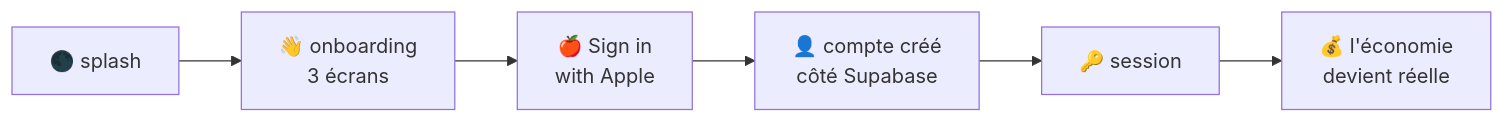
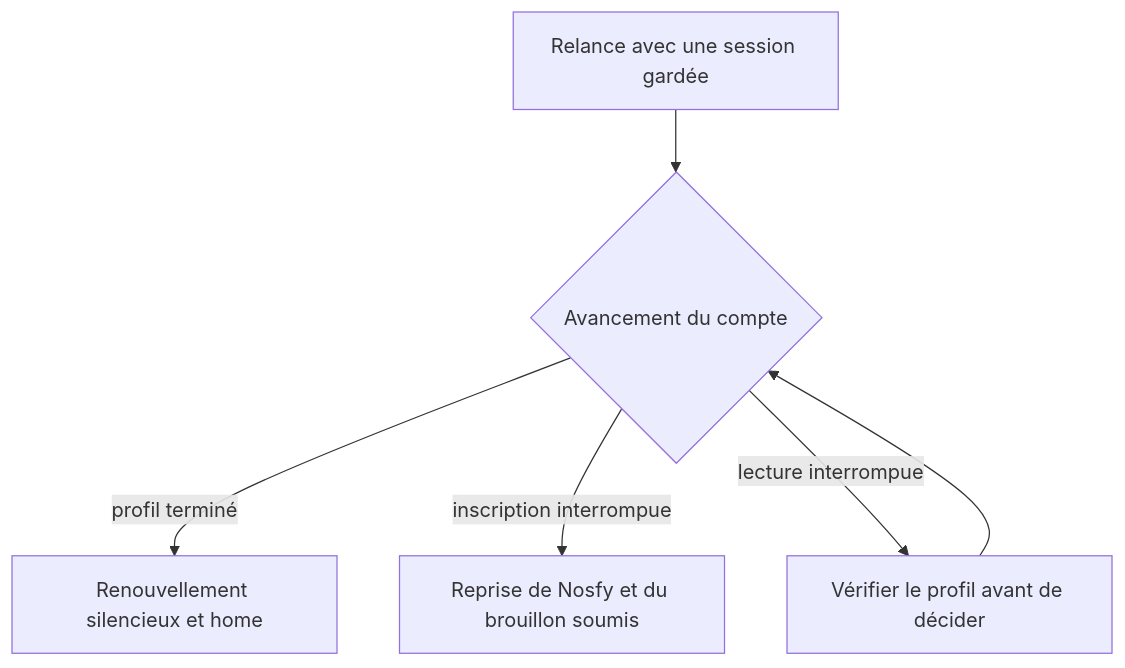
One commit to kitkath1/nosfy-ios changed the diagram in docs/site/content/schemas/porte-3-le-parcours-cible.mmd. Above: the diagram before and after it, drawn with Mermaid. The commit also changed 78 other files, not shown here.

First line of the commit message:
Fiabilise le parcours Compte et confirme l’inscription avant la home

```diff
--- a/docs/site/content/schemas/porte-3-le-parcours-cible.mmd
+++ b/docs/site/content/schemas/porte-3-le-parcours-cible.mmd
@@ -1,8 +1,8 @@
-flowchart LR
-  A["🌑 splash"] --> B["👋 onboarding<br/>3 écrans"]
-  B --> C["🍎 Sign in<br/>with Apple"]
-  C --> D["👤 compte créé<br/>côté Supabase"]
-  D --> E["🔑 session"]
-  E --> F["💰 l'économie<br/>devient réelle"]
-  class A,B,C,D abs
-  class E,F ok
+flowchart TD
+  A["Relance avec une session gardée"] --> B{"Avancement du compte"}
+  B -- "profil terminé" --> C["Renouvellement silencieux et home"]
+  B -- "inscription interrompue" --> D["Reprise de Nosfy et du brouillon soumis"]
+  B -- "lecture interrompue" --> E["Vérifier le profil avant de décider"]
+  E --> B
+  class A,B,C,E ok
+  class D loc
```
